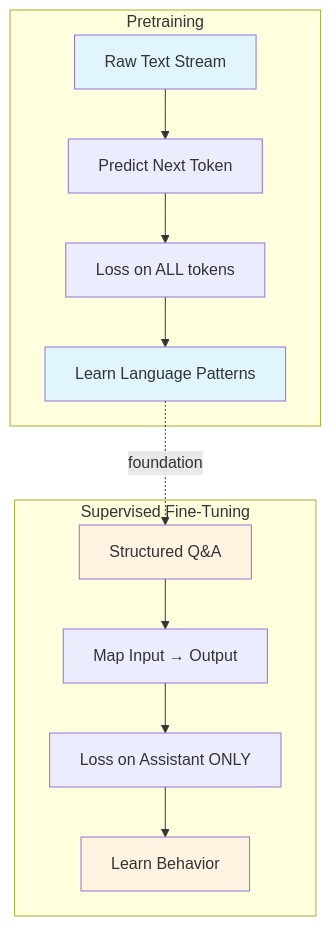
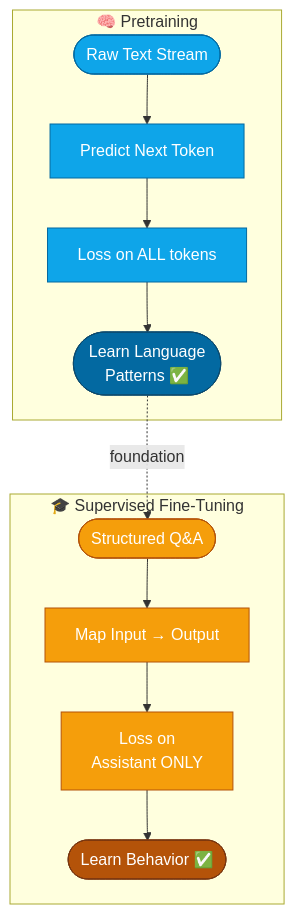
The first of 7 diagrams in week2/CONTEXT.md (tripplen23/finetuning-sessions), drawn with Mermaid before and after one commit. The commit also changed other lines of this file and 1 other file, not shown here.

Commit message:
update mermaid

````diff
--- a/week2/CONTEXT.md
+++ b/week2/CONTEXT.md
@@ -13,21 +13,19 @@
 ```mermaid
 graph TB
-    subgraph "Pretraining"
-        PT1[Raw Text Stream] --> PT2[Predict Next Token]
-        PT2 --> PT3[Loss on ALL tokens]
-        PT3 --> PT4[Learn Language Patterns]
+    subgraph pt["🧠 Pretraining"]
+        PT1(["Raw Text Stream"]):::ptnode --> PT2["Predict Next Token"]:::ptnode
+        PT2 --> PT3["Loss on ALL tokens"]:::ptnode --> PT4(["Learn Language<br/>Patterns ✅"]):::ptout
     end
-    
-    subgraph "Supervised Fine-Tuning"
-        SFT1[Structured Q&A] --> SFT2[Map Input → Output]
-        SFT2 --> SFT3[Loss on Assistant ONLY]
-        SFT3 --> SFT4[Learn Behavior]
+
+    subgraph sft["🎓 Supervised Fine-Tuning"]
+        SFT1(["Structured Q&A"]):::sftnode --> SFT2["Map Input → Output"]:::sftnode
+        SFT2 --> SFT3["Loss on<br/>Assistant ONLY"]:::sftnode --> SFT4(["Learn Behavior ✅"]):::sftout
     end
-    
-    PT4 -.foundation.-> SFT1
-    
-    style PT1 fill:#e1f5ff
-    style PT4 fill:#e1f5ff
-    style SFT1 fill:#fff4e1
-    style SFT4 fill:#fff4e1
+
+    PT4 -. "foundation" .-> SFT1
+
+    classDef ptnode  fill:#0EA5E9,stroke:#0369A1,color:#fff
+    classDef ptout   fill:#0369A1,stroke:#0C4A6E,color:#fff
+    classDef sftnode fill:#F59E0B,stroke:#B45309,color:#fff
+    classDef sftout  fill:#B45309,stroke:#78350F,color:#fff
 ```
````
